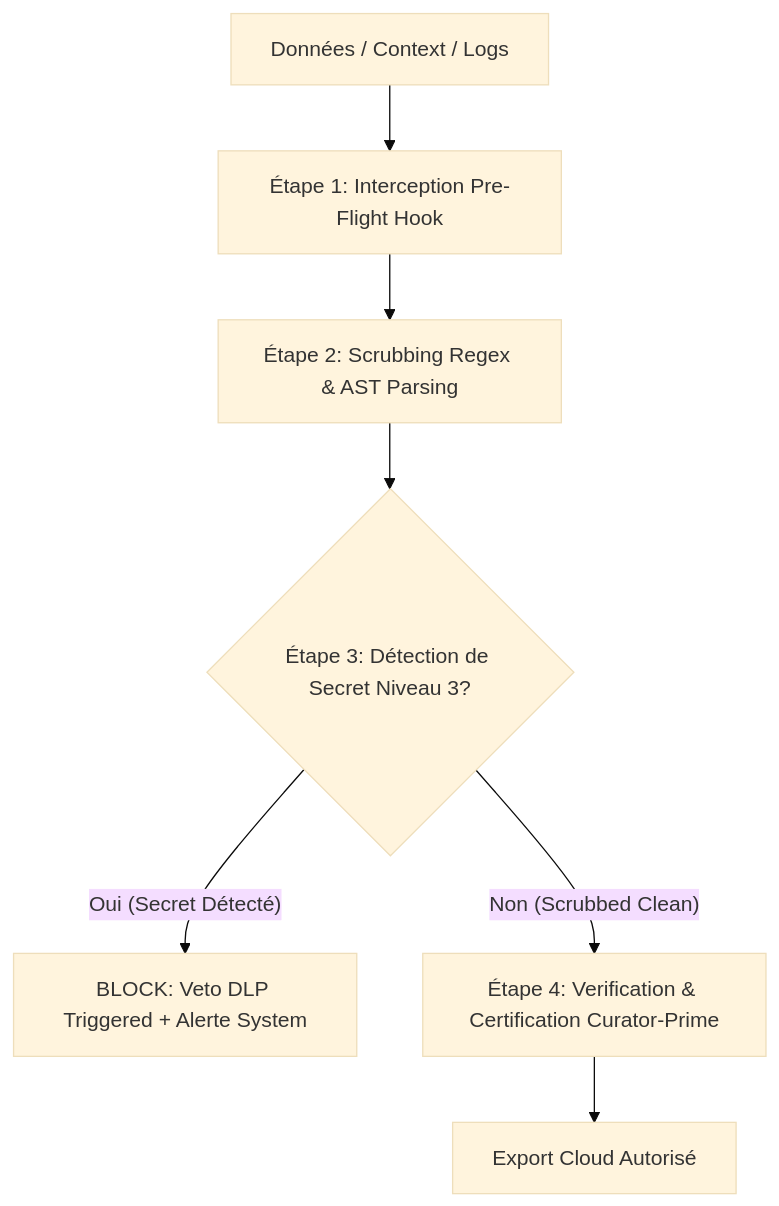
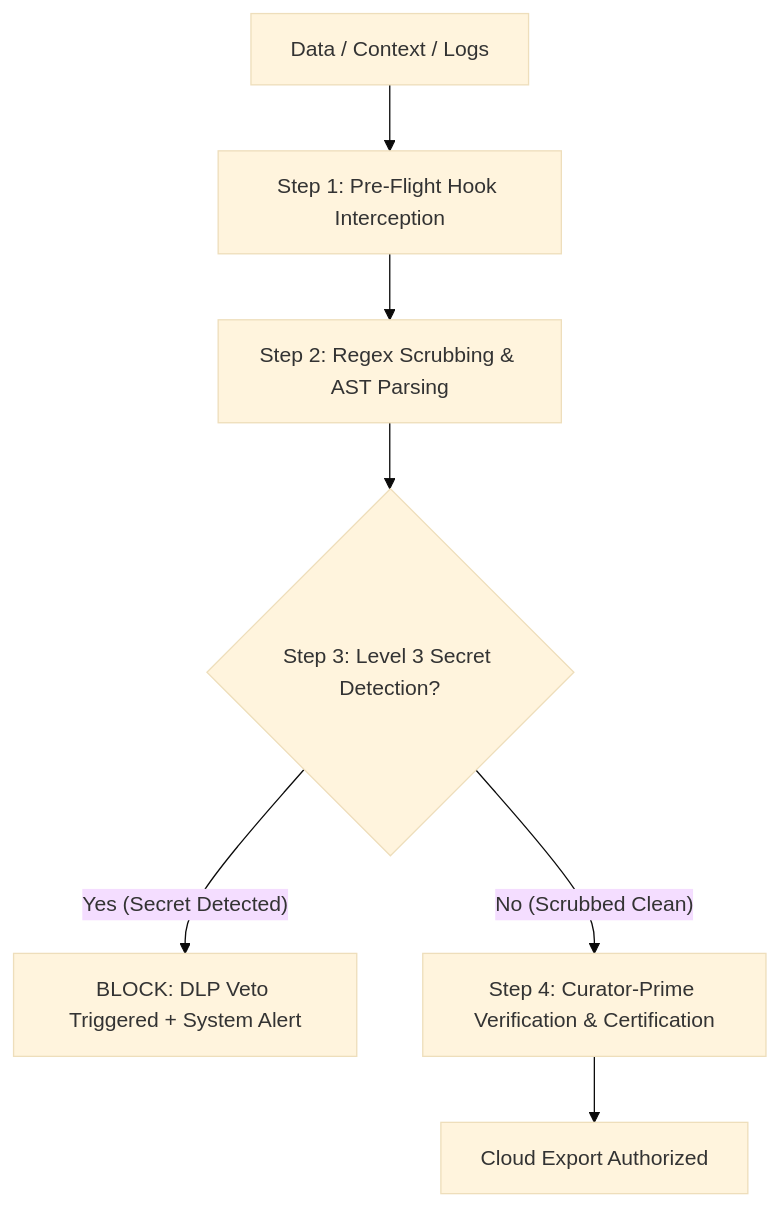
One commit to lordmahonheim-bot/Tesla-Antigravity-CLI changed the diagram in 45-Architecture-Hybride-Jules/Data_Scrubbing_Policy.md. Above: the diagram before and after it, drawn with Mermaid (base theme). The commit also changed other lines of this file and 14 other files, not shown here.

````diff
--- a/45-Architecture-Hybride-Jules/Data_Scrubbing_Policy.md
+++ b/45-Architecture-Hybride-Jules/Data_Scrubbing_Policy.md
@@ -80,9 +80,9 @@
 ```mermaid
 graph TD
-    A[Données / Context / Logs] --> B[Étape 1: Interception Pre-Flight Hook]
-    B --> C[Étape 2: Scrubbing Regex & AST Parsing]
-    C --> D{Étape 3: Détection de Secret Niveau 3?}
-    D -- Oui (Secret Détecté) --> E[BLOCK: Veto DLP Triggered + Alerte System]
-    D -- Non (Scrubbed Clean) --> F[Étape 4: Verification & Certification Curator-Prime]
-    F --> G[Export Cloud Autorisé]
+    A[Data / Context / Logs] --> B[Step 1: Pre-Flight Hook Interception]
+    B --> C[Step 2: Regex Scrubbing & AST Parsing]
+    C --> D{Step 3: Level 3 Secret Detection?}
+    D -- Yes (Secret Detected) --> E[BLOCK: DLP Veto Triggered + System Alert]
+    D -- No (Scrubbed Clean) --> F[Step 4: Curator-Prime Verification & Certification]
+    F --> G[Cloud Export Authorized]
 ```
````
